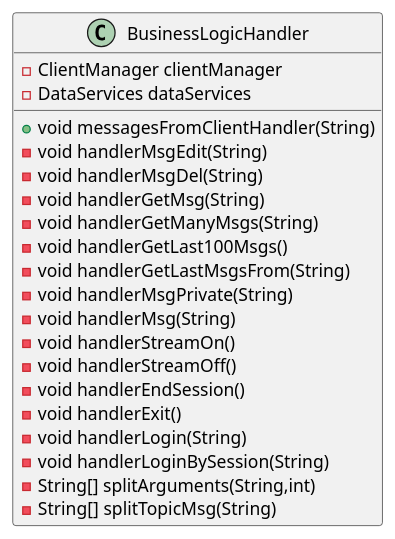
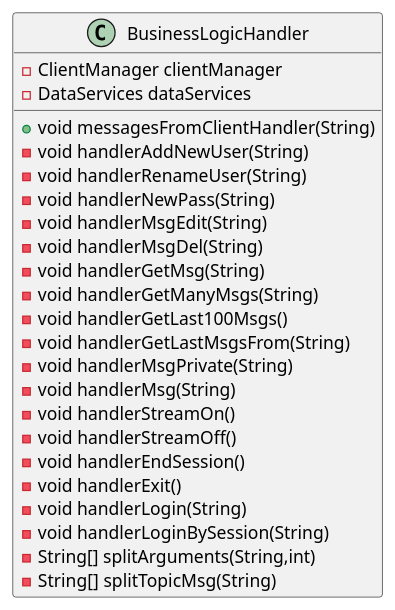
One commit to Mike-GB22/OE240421GB-Diplom changed the diagram in puml/BusinessLogicHandler.puml. Above: the diagram before and after it, drawn with PlantUML. The commit also changed 16 other files, not shown here.

```diff
--- a/puml/BusinessLogicHandler.puml
+++ b/puml/BusinessLogicHandler.puml
@@ -1,23 +1,26 @@
 @startuml
 class BusinessLogicHandler {
 - ClientManager clientManager
 - DataServices dataServices
 + void messagesFromClientHandler(String)
+- void handlerAddNewUser(String)
+- void handlerRenameUser(String)
+- void handlerNewPass(String)
 - void handlerMsgEdit(String)
 - void handlerMsgDel(String)
 - void handlerGetMsg(String)
 - void handlerGetManyMsgs(String)
 - void handlerGetLast100Msgs()
 - void handlerGetLastMsgsFrom(String)
 - void handlerMsgPrivate(String)
 - void handlerMsg(String)
 - void handlerStreamOn()
 - void handlerStreamOff()
 - void handlerEndSession()
 - void handlerExit()
 - void handlerLogin(String)
 - void handlerLoginBySession(String)
 - String[] splitArguments(String,int)
 - String[] splitTopicMsg(String)
 }
 @enduml
```
